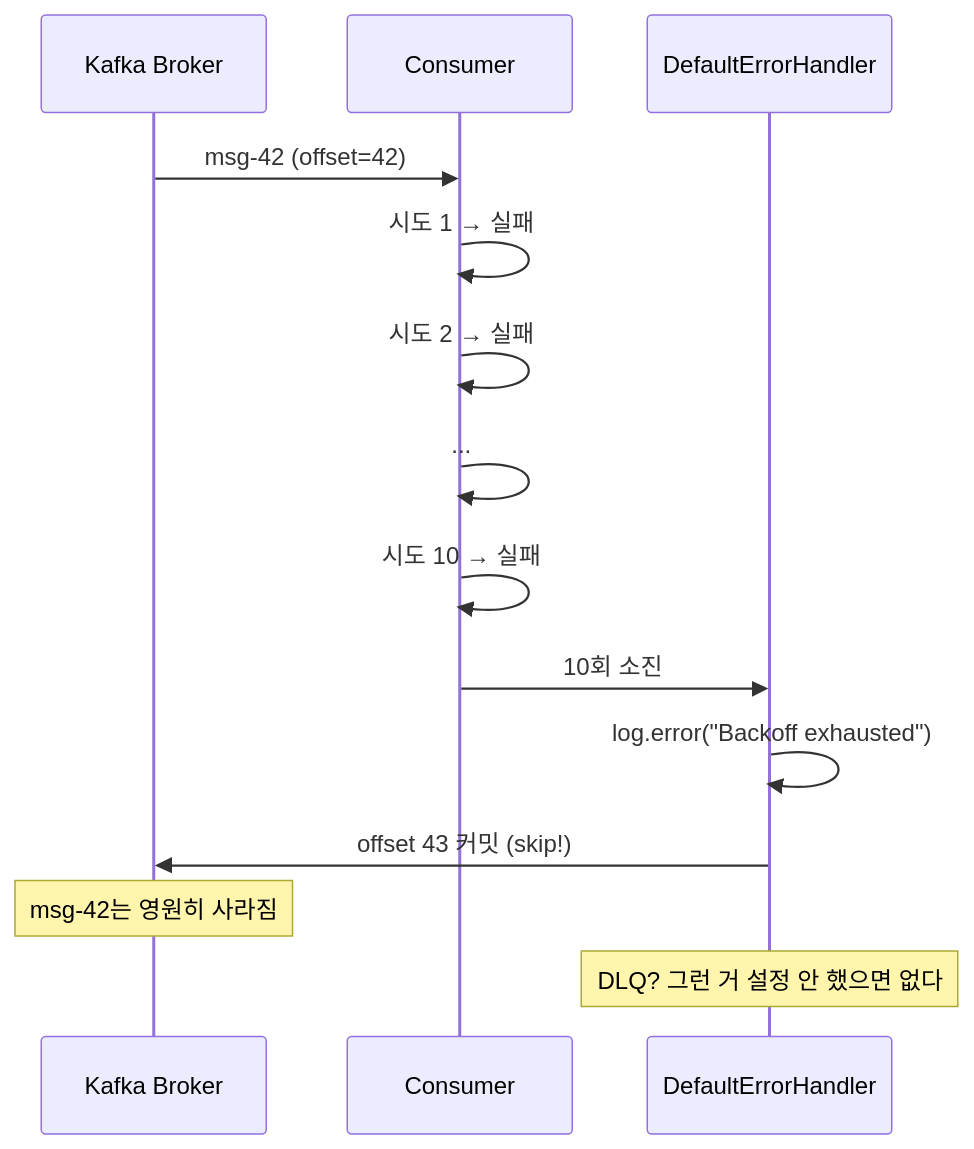
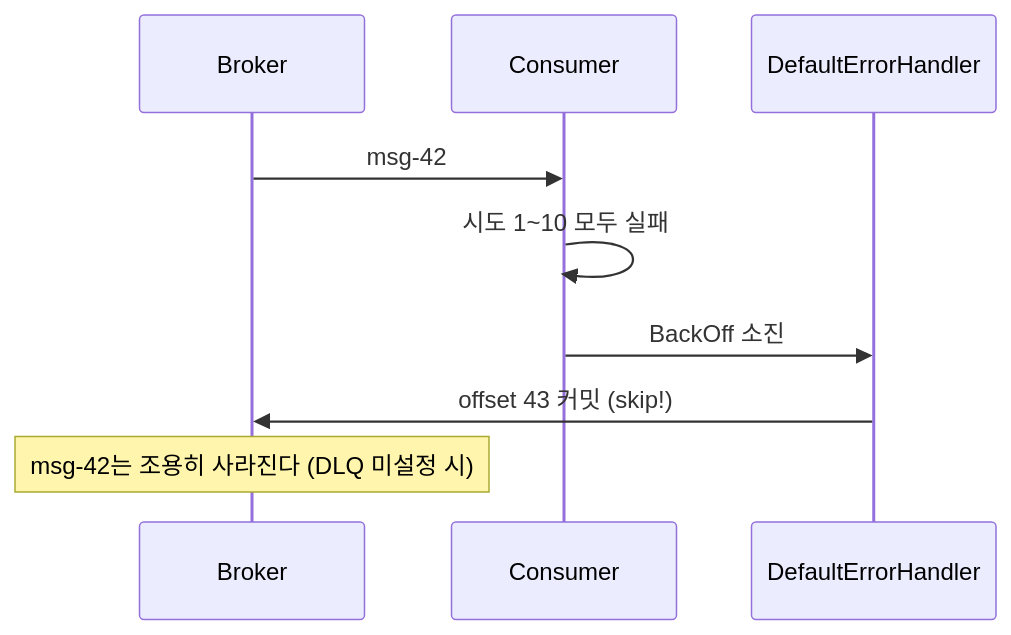
Before and after one commit to ghtjr410/kafka-lab: the diagram in docs/book/2-spring/05-error-handling-dlq.md, drawn with Mermaid. The commit also changed other lines of this file and 1 other file, not shown here.

First line of the commit message:
docs(II권): 본편 5장 에러 처리 & DLQ 재산문화

````diff
--- a/docs/book/2-spring/05-error-handling-dlq.md
+++ b/docs/book/2-spring/05-error-handling-dlq.md
@@ -15,19 +13,11 @@
 ```mermaid
 sequenceDiagram
-    participant K as Kafka Broker
+    participant K as Broker
     participant C as Consumer
     participant EH as DefaultErrorHandler
-
-    K->>C: msg-42 (offset=42)
-    C->>C: 시도 1 → 실패
-    C->>C: 시도 2 → 실패
-    C->>C: ...
-    C->>C: 시도 10 → 실패
-
-    C->>EH: 10회 소진
-    EH->>EH: log.error("Backoff exhausted")
+    K->>C: msg-42
+    C->>C: 시도 1~10 모두 실패
+    C->>EH: BackOff 소진
     EH->>K: offset 43 커밋 (skip!)
-
-    Note over K: msg-42는 영원히 사라짐
-    Note over EH: DLQ? 그런 거 설정 안 했으면 없다
+    Note over K: msg-42는 조용히 사라진다 (DLQ 미설정 시)
 ```
````
